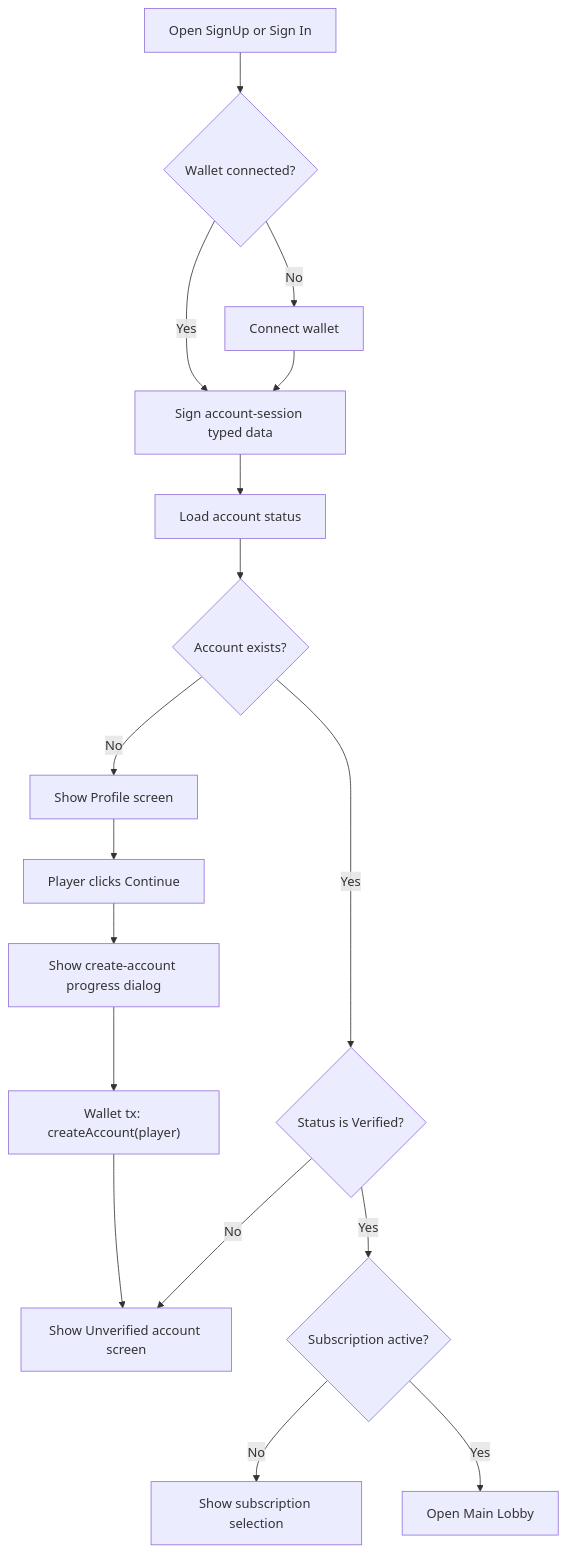
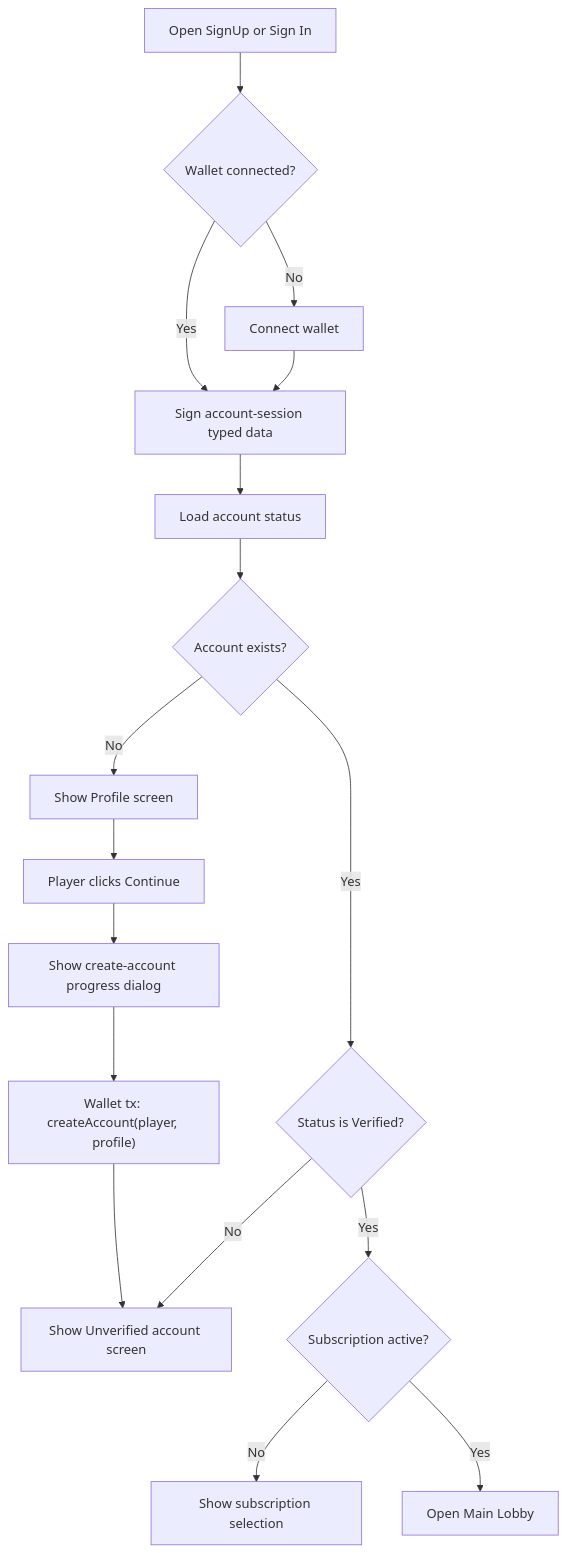
One commit to Imperfect-Protocol/private-poker-vite changed the second of 2 diagrams in docs/sign-up-flow.md. Above: the diagram before and after it, drawn with Mermaid. The commit also changed other lines of this file and 6 other files, not shown here.

Commit message:
Create account with displayname, and refresh table list on finished table

````diff
--- a/docs/sign-up-flow.md
+++ b/docs/sign-up-flow.md
@@ -63,19 +63,19 @@
 ```mermaid
 flowchart TD
     A["Open SignUp or Sign In"] --> B{"Wallet connected?"}
     B -- "No" --> C["Connect wallet"]
     B -- "Yes" --> D["Sign account-session typed data"]
     C --> D
     D --> E["Load account status"]
     E --> F{"Account exists?"}
     F -- "No" --> G["Show Profile screen"]
     G --> H["Player clicks Continue"]
     H --> I["Show create-account progress dialog"]
-    I --> J["Wallet tx: createAccount(player)"]
+    I --> J["Wallet tx: createAccount(player, profile)"]
     J --> K["Show Unverified account screen"]
     F -- "Yes" --> L{"Status is Verified?"}
     L -- "No" --> K
     L -- "Yes" --> M{"Subscription active?"}
     M -- "No" --> N["Show subscription selection"]
     M -- "Yes" --> O["Open Main Lobby"]
 ```
````
